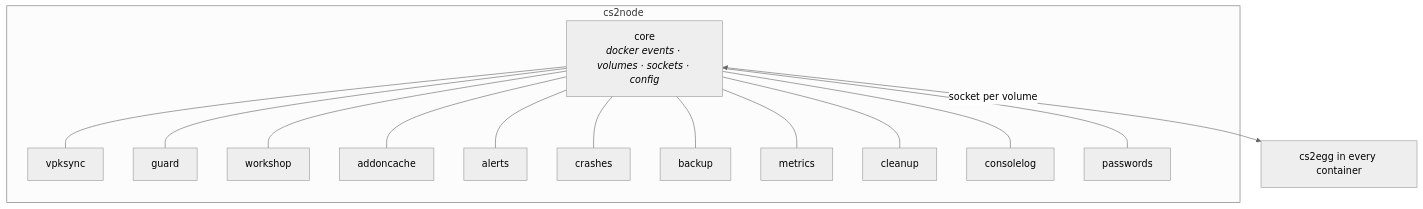
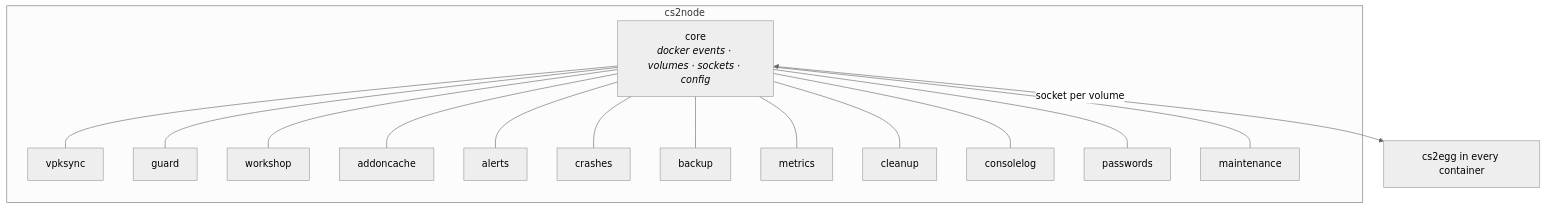
The diagram in docs/modules/README.md (s2script/s2script-cs2-egg), drawn with Mermaid (neutral theme) before and after one commit. The commit also changed other lines of this file and 27 other files, not shown here.

````diff
--- a/docs/modules/README.md
+++ b/docs/modules/README.md
@@ -7,20 +7,21 @@
 ```mermaid
 flowchart TB
     subgraph daemon["cs2node"]
         core["core<br/><i>docker events · volumes · sockets · config</i>"]
         m1["vpksync"]
         m2["guard"]
         m3["workshop"]
         m4["addoncache"]
         m5["alerts"]
         m6["crashes"]
         m7["backup"]
         m8["metrics"]
         m9["cleanup"]
         m10["consolelog"]
         m11["passwords"]
+        m12["maintenance"]
         core --- m1 & m2 & m3 & m4 & m5
-        core --- m6 & m7 & m8 & m9 & m10 & m11
+        core --- m6 & m7 & m8 & m9 & m10 & m11 & m12
     end
     core <-->|"socket per volume"| eggs["cs2egg in every container"]
 ```
````
